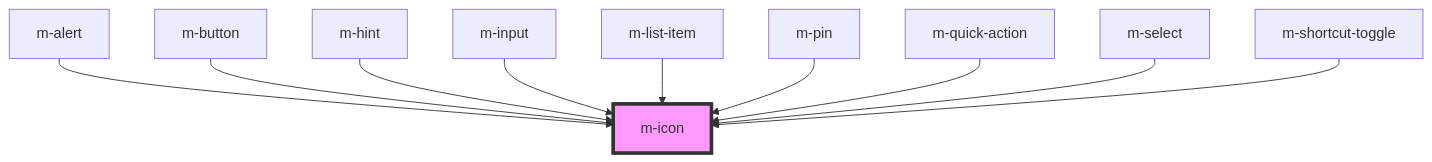
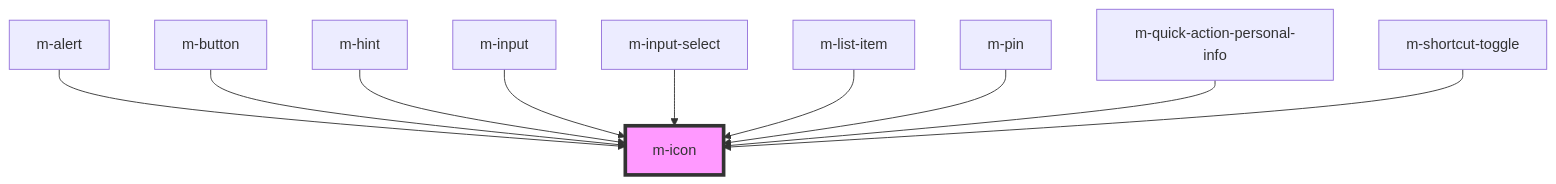
One commit to dynamic-framework/dynamic-ui changed the diagram in libraries/modyo-design-system/src/components/m-icon/readme.md. Above: the diagram before and after it, drawn with Mermaid. The commit also changed other lines of this file and 140 other files, not shown here.

````diff
--- a/libraries/modyo-design-system/src/components/m-icon/readme.md
+++ b/libraries/modyo-design-system/src/components/m-icon/readme.md
@@ -40,13 +40,13 @@
 ```mermaid
 graph TD;
   m-alert --> m-icon
   m-button --> m-icon
   m-hint --> m-icon
   m-input --> m-icon
+  m-input-select --> m-icon
   m-list-item --> m-icon
   m-pin --> m-icon
-  m-quick-action --> m-icon
-  m-select --> m-icon
+  m-quick-action-personal-info --> m-icon
   m-shortcut-toggle --> m-icon
   style m-icon fill:#f9f,stroke:#333,stroke-width:4px
 ```
````
